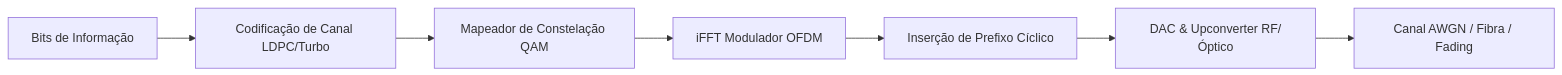
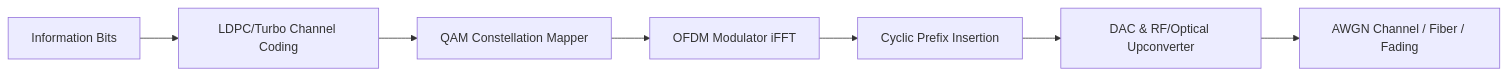
The diagram in knowledge/skills/domains/academic/academic-digital-communications-signals/SKILL.md (dandgabr/Coacus), drawn with Mermaid before and after one commit. The commit also changed 143 other files, not shown here.

````diff
--- a/knowledge/skills/domains/academic/academic-digital-communications-signals/SKILL.md
+++ b/knowledge/skills/domains/academic/academic-digital-communications-signals/SKILL.md
@@ -27,9 +27,9 @@
 ```mermaid
 graph LR
-    Bits[Bits de Informação] --> FEC[Codificação de Canal LDPC/Turbo]
-    FEC --> Map[Mapeador de Constelação QAM]
-    Map --> IFFT[iFFT Modulador OFDM]
-    IFFT --> CP[Inserção de Prefixo Cíclico]
-    CP --> DAC[DAC & Upconverter RF/Óptico]
-    DAC --> Channel[Canal AWGN / Fibra / Fading]
+    Bits[Information Bits] --> FEC[LDPC/Turbo Channel Coding]
+    FEC --> Map[QAM Constellation Mapper]
+    Map --> IFFT[OFDM Modulator iFFT]
+    IFFT --> CP[Cyclic Prefix Insertion]
+    CP --> DAC[DAC & RF/Optical Upconverter]
+    DAC --> Channel[AWGN Channel / Fiber / Fading]
 ```
````
